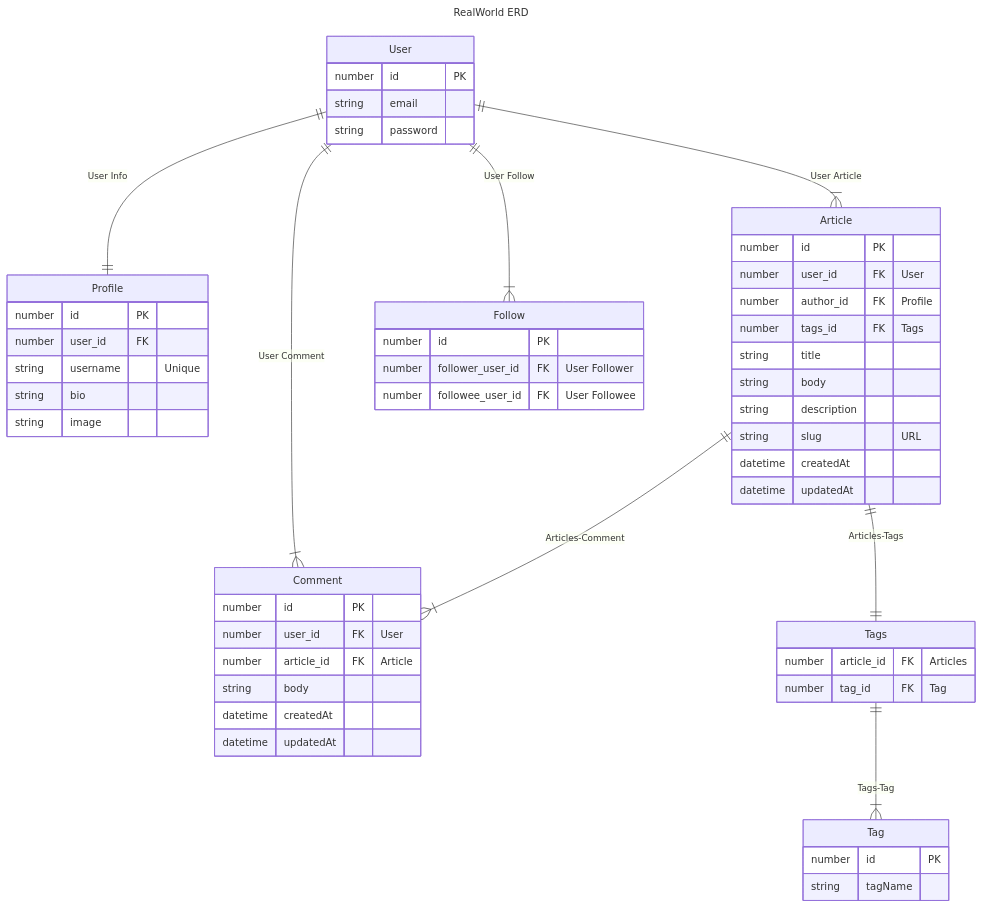
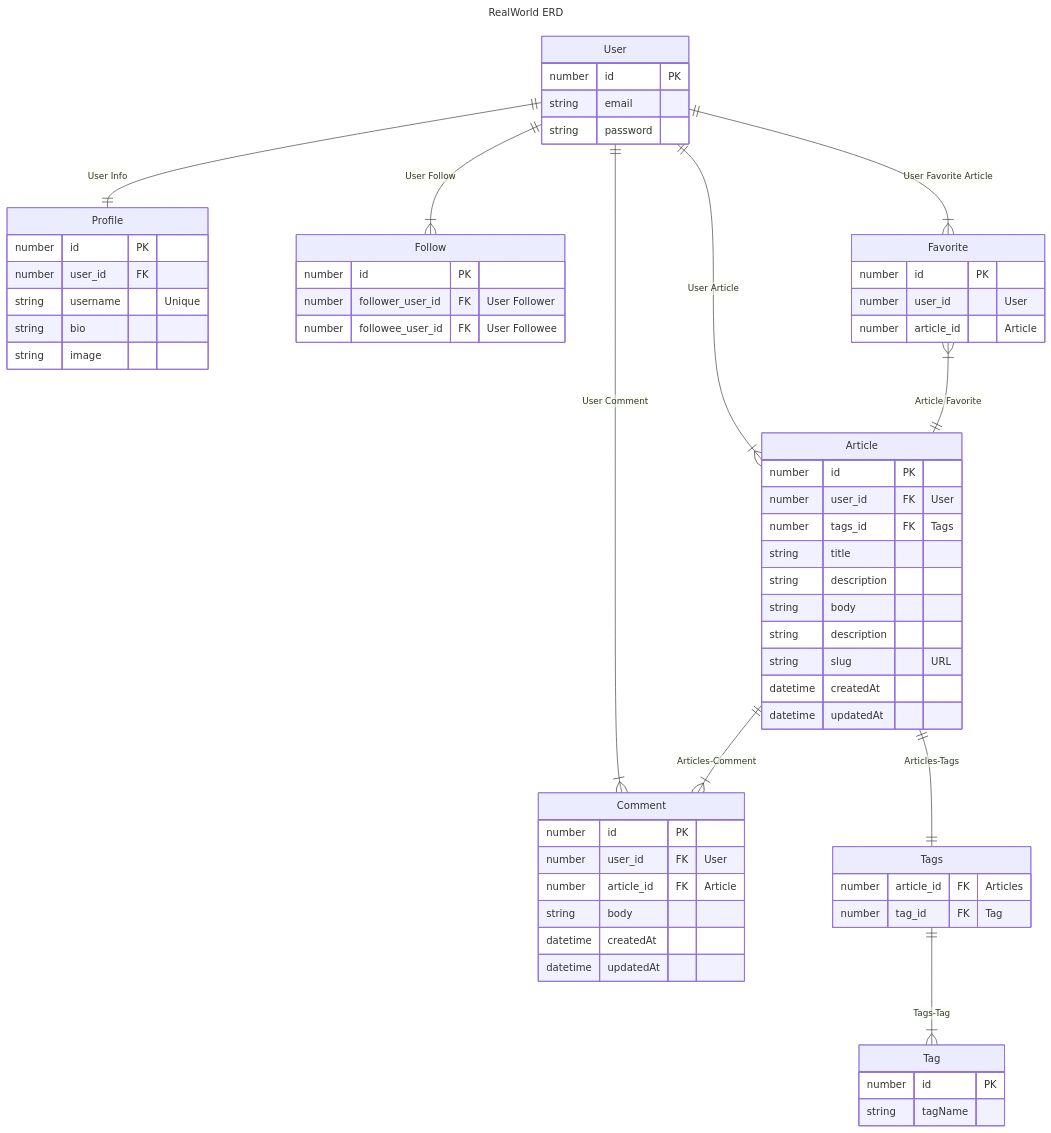
Before and after one commit to mon0mon/realworld_backend: the diagram in docs/ERD.mmd, drawn with Mermaid. The commit also changed 1 other file, not shown here.

Commit message:
📝 docs : ERD - User - Favorite - Article 연관관계 추가 - Article ERD에서 빠진 description 칼럼 추가

```diff
--- a/docs/ERD.mmd
+++ b/docs/ERD.mmd
@@ -1,56 +1,63 @@
 ---
 title: RealWorld ERD
 ---
 erDiagram
     User ||--|| Profile : "User Info"
     User ||--|{ Article : "User Article"
     User ||--|{ Comment : "User Comment"
     User ||--|{ Follow : "User Follow"
+    User ||--|{ Favorite : "User Favorite Article"
+    Favorite }|--|| Article : "Article Favorite"
     Article ||--|{ Comment : "Articles-Comment"
     Article ||--|| Tags : "Articles-Tags"
     Tags ||--|{ Tag : "Tags-Tag"
     User {
         number id PK
         string email
         string password
     }
     Profile {
         number id PK
         number user_id FK
         string username "Unique"
         string bio
         string image
     }
     Article {
         number id PK
         number user_id FK "User"
-        number author_id FK "Profile"
         number tags_id FK "Tags"
         string title
+        string description
         string body
         string description
         string slug "URL"
         datetime createdAt
         datetime updatedAt
+    }
+    Favorite {
+        number id PK
+        number user_id "User"
+        number article_id "Article"
     }
     Follow {
         number id PK
         number follower_user_id FK "User Follower"
         number followee_user_id FK "User Followee"
     }
     Comment {
         number id PK
         number user_id FK "User"
         number article_id FK "Article"
         string body
         datetime createdAt
         datetime updatedAt
     }
     Tags {
         number article_id FK "Articles"
         number tag_id FK "Tag"
     }
     Tag {
         number id PK
         string tagName
     }
```
